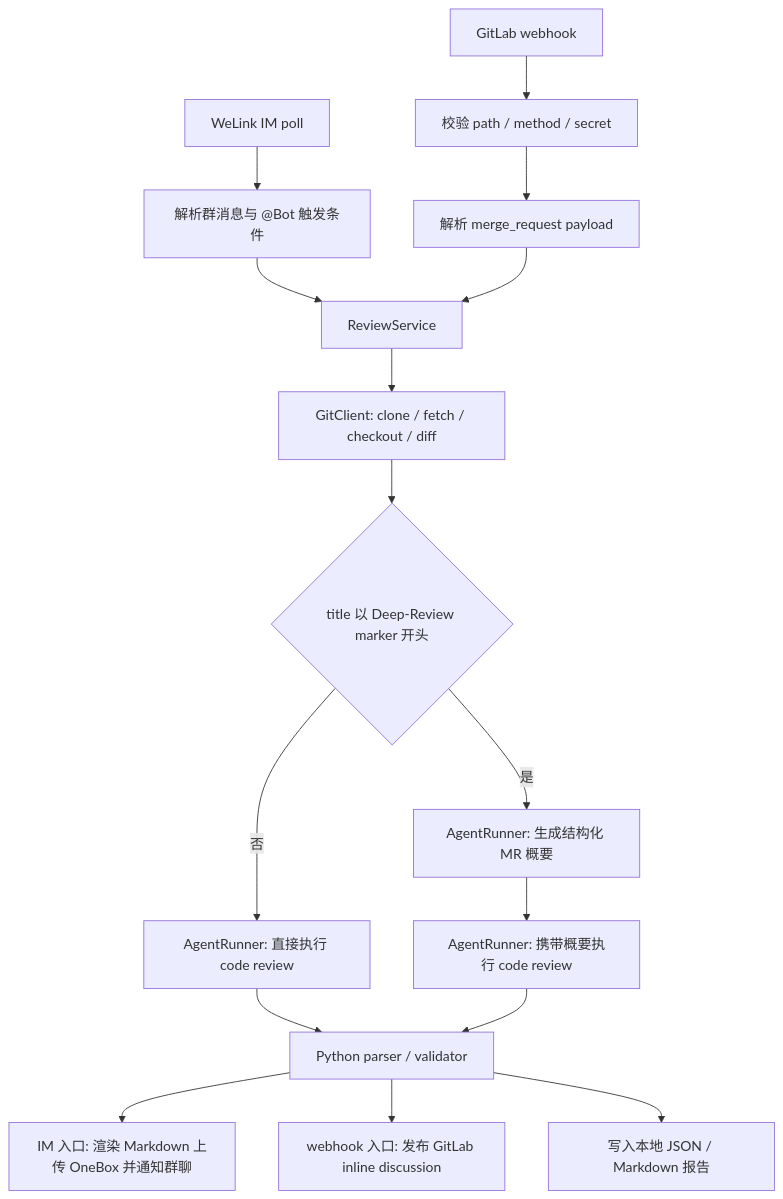
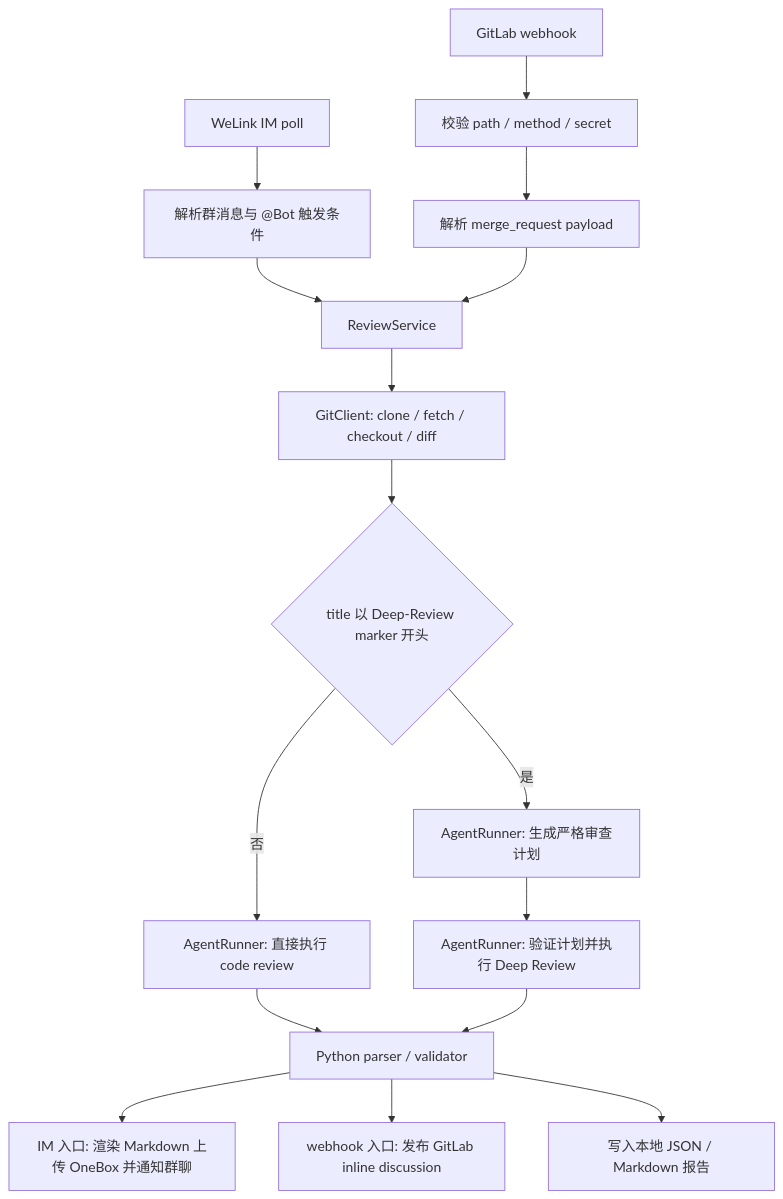
Before and after one commit to Faye-663/code-mr-reviewer: the first of 3 diagrams in docs/DESIGN.md, drawn with Mermaid. The commit also changed other lines of this file and 20 other files, not shown here.

First line of the commit message:
feat: 将 Deep Review 升级为审查计划

````diff
--- a/docs/DESIGN.md
+++ b/docs/DESIGN.md
@@ -7,18 +7,18 @@
 ```mermaid
 flowchart TD
     A["WeLink IM poll"] --> B["解析群消息与 @Bot 触发条件"]
     C["GitLab webhook"] --> D["校验 path / method / secret"]
     D --> E["解析 merge_request payload"]
     B --> F["ReviewService"]
     E --> F
     F --> G["GitClient: clone / fetch / checkout / diff"]
     G --> H{"title 以 Deep-Review marker 开头"}
     H -- "否" --> I["AgentRunner: 直接执行 code review"]
-    H -- "是" --> H2["AgentRunner: 生成结构化 MR 概要"]
-    H2 --> I2["AgentRunner: 携带概要执行 code review"]
+    H -- "是" --> H2["AgentRunner: 生成严格审查计划"]
+    H2 --> I2["AgentRunner: 验证计划并执行 Deep Review"]
     I --> J["Python parser / validator"]
     I2 --> J
     J --> K["IM 入口: 渲染 Markdown 上传 OneBox 并通知群聊"]
     J --> L["webhook 入口: 发布 GitLab inline discussion"]
     J --> M["写入本地 JSON / Markdown 报告"]
 ```
````
